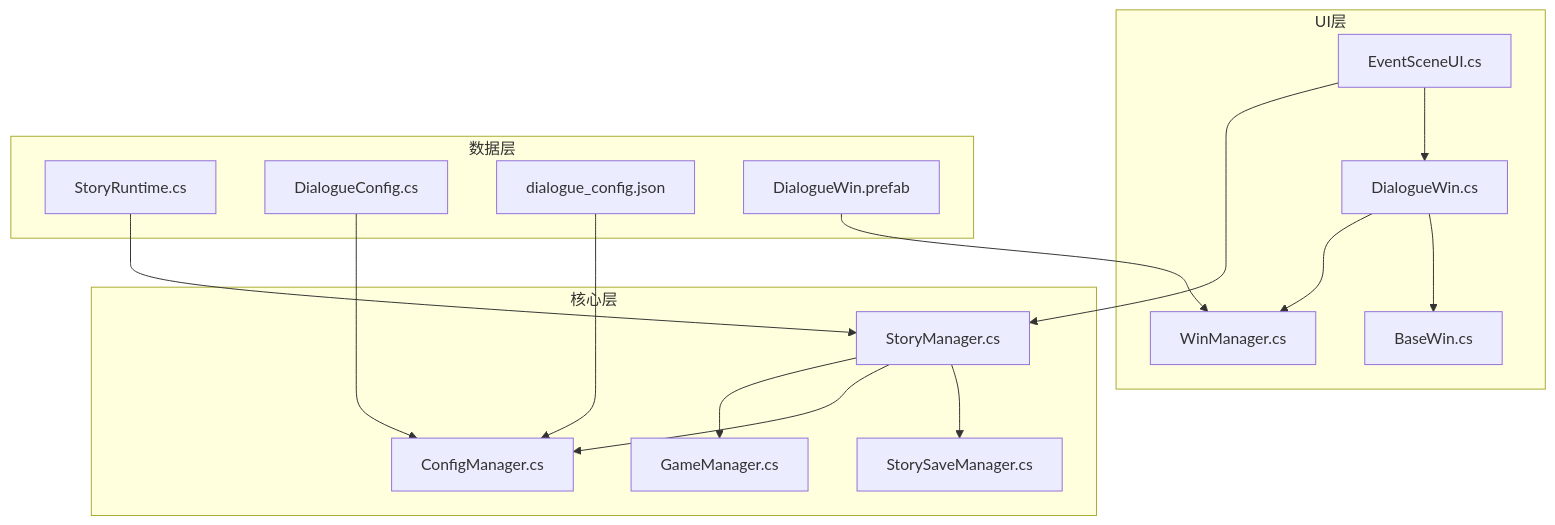
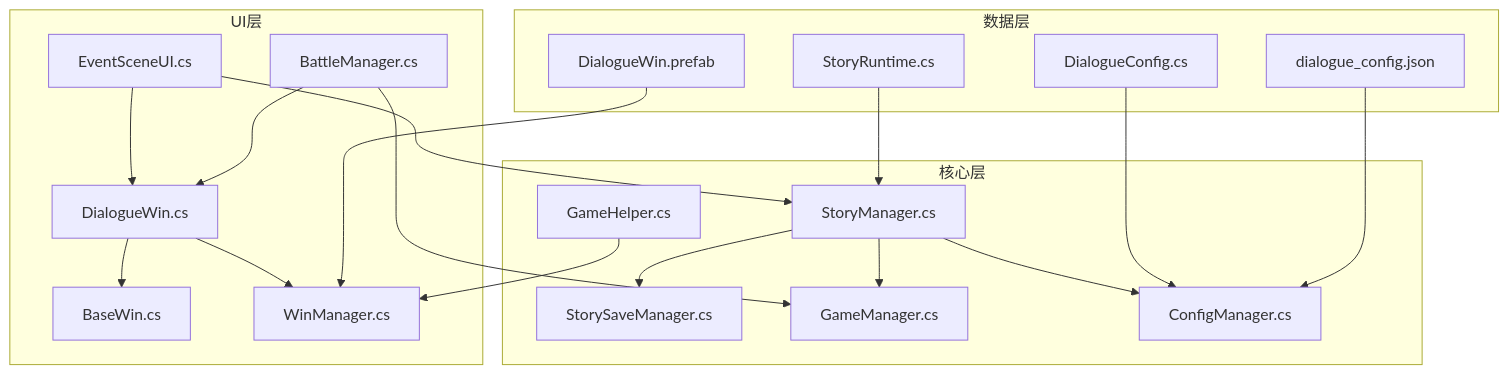
Before and after one commit to Tuusen/p1_client: the first of 7 diagrams in .qoder/repowiki/zh/content/Dialogue Win.md, drawn with Mermaid. The commit also changed other lines of this file and 21 other files, not shown here.

````diff
--- a/.qoder/repowiki/zh/content/Dialogue Win.md
+++ b/.qoder/repowiki/zh/content/Dialogue Win.md
@@ -40,32 +52,37 @@
 ```mermaid
 graph TB
 subgraph "UI层"
 DW[DialogueWin.cs]
 BW[BaseWin.cs]
 WM[WinManager.cs]
 ES[EventSceneUI.cs]
+BM[BattleManager.cs]
 end
 subgraph "核心层"
 SM[StoryManager.cs]
 SSM[StorySaveManager.cs]
 GM[GameManager.cs]
+GH[GameHelper.cs]
 CM[ConfigManager.cs]
 end
 subgraph "数据层"
 SR[StoryRuntime.cs]
 DC[DialogueConfig.cs]
 DCF[dialogue_config.json]
 DP[DialogueWin.prefab]
 end
 DW --> BW
 DW --> WM
 ES --> DW
 ES --> SM
+BM --> DW
+BM --> GM
 SM --> SSM
 SM --> CM
 SM --> GM
 SR --> SM
 DC --> CM
 DCF --> CM
 DP --> WM
+GH --> WM
 ```
````
